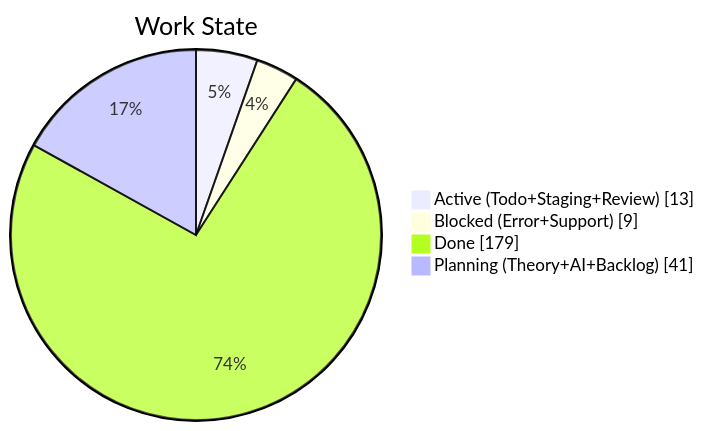
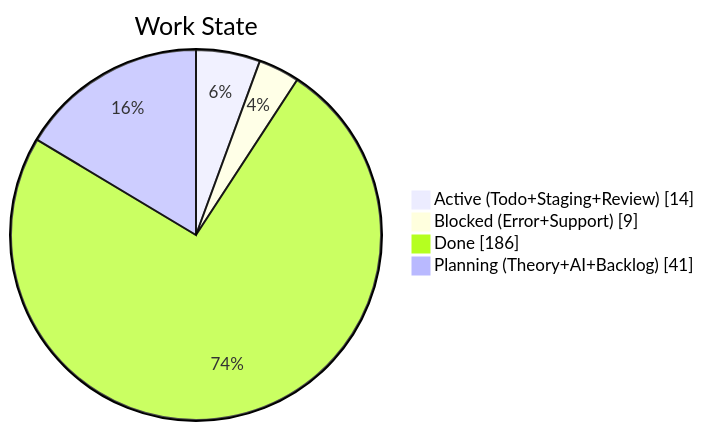
Before and after one commit to KBVE/kbve: the second of 4 diagrams in apps/kbve/astro-kbve/src/content/docs/dashboard/kanban-data.mdx, drawn with Mermaid. The commit also changed other lines of this file and 8 other files, not shown here.

````diff
--- a/apps/kbve/astro-kbve/src/content/docs/dashboard/kanban-data.mdx
+++ b/apps/kbve/astro-kbve/src/content/docs/dashboard/kanban-data.mdx
@@ -67,8 +68,8 @@
 ```mermaid
 pie showData
     title Work State
-    "Active (Todo+Staging+Review)" : 13
+    "Active (Todo+Staging+Review)" : 14
     "Blocked (Error+Support)" : 9
-    "Done" : 179
+    "Done" : 186
     "Planning (Theory+AI+Backlog)" : 41
 ```
````
